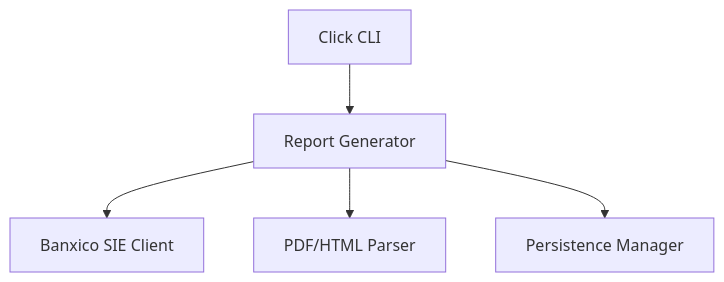
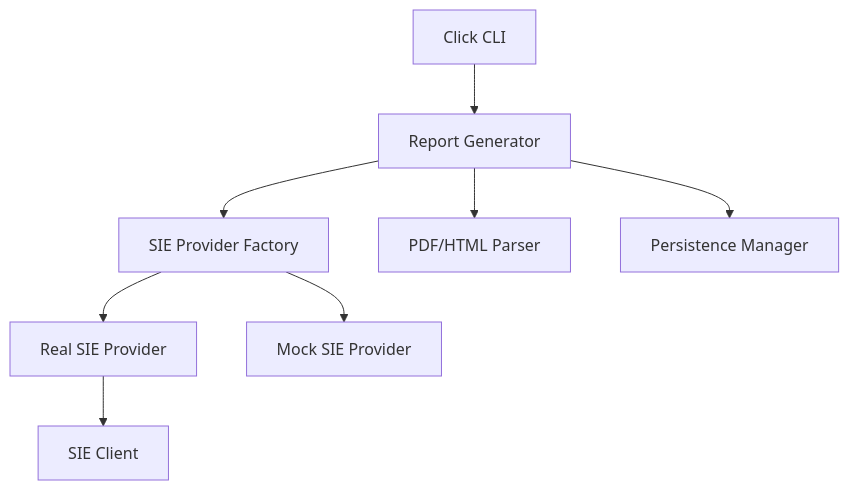
Before and after one commit to axelgafu/inflacional: the diagram in doc/design/architecture.md, drawn with Mermaid. The commit also changed other lines of this file and 50 other files, not shown here.

Commit message:
feat: Implement Banxico API integration for rates, including API provider abstraction, comprehensive testing, and feature specifications.

````diff
--- a/doc/design/architecture.md
+++ b/doc/design/architecture.md
@@ -29,7 +33,10 @@
 ```mermaid
 graph TD
     CLI[Click CLI] --> Generator[Report Generator]
-    Generator --> SIE[Banxico SIE Client]
+    Generator --> Factory[SIE Provider Factory]
+    Factory --> Real[Real SIE Provider]
+    Factory --> Mock[Mock SIE Provider]
+    Real --> Client[SIE Client]
     Generator --> Parser[PDF/HTML Parser]
     Generator --> Persistence[Persistence Manager]
 ```
````
